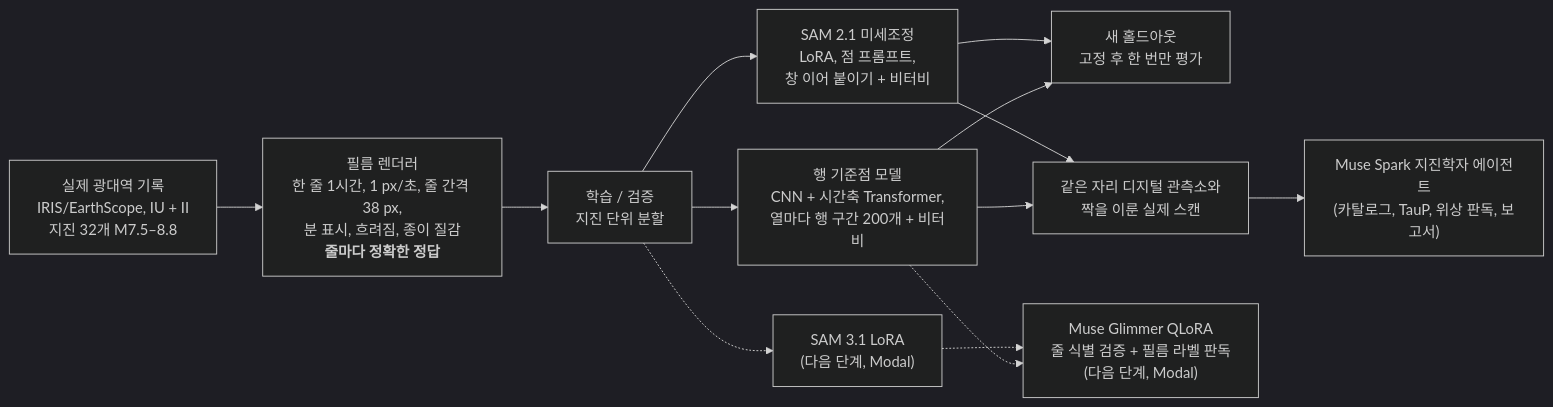
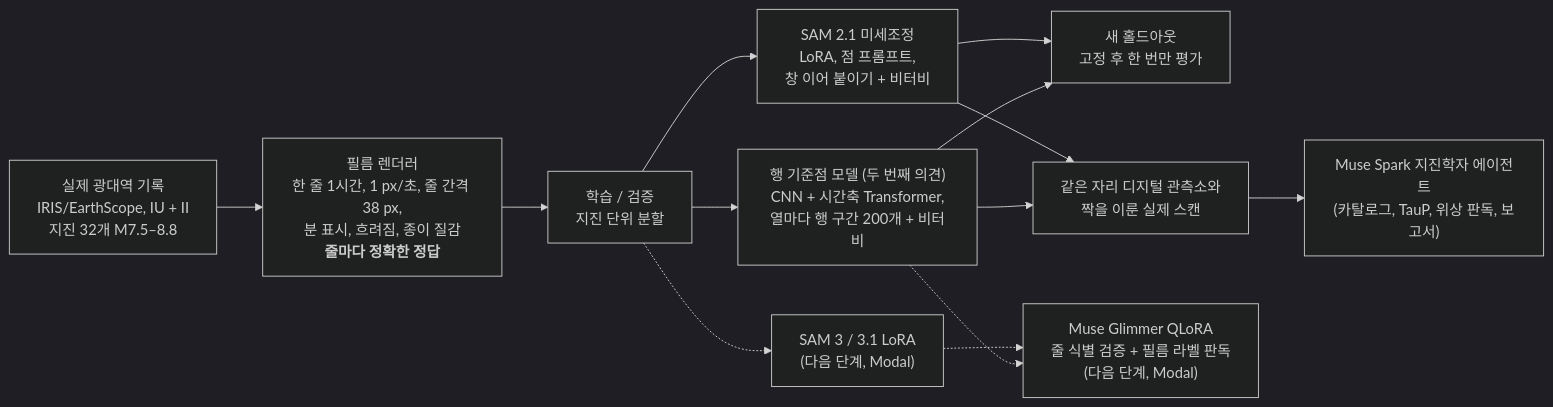
One commit to smpark00/seismorescue changed the diagram in README.ko.md. Above: the diagram before and after it, drawn with Mermaid (dark theme). The commit also changed other lines of this file and 8 other files, not shown here.

````diff
--- a/README.ko.md
+++ b/README.ko.md
@@ -148,15 +148,15 @@
 ```mermaid
 flowchart LR
   W["실제 광대역 기록<br/>IRIS/EarthScope, IU + II<br/>지진 32개 M7.5–8.8"] --> R["필름 렌더러<br/>한 줄 1시간, 1 px/초, 줄 간격 38 px,<br/>분 표시, 흐려짐, 종이 질감<br/><b>줄마다 정확한 정답</b>"]
   R --> T["학습 / 검증<br/>지진 단위 분할"]
-  T --> RA["행 기준점 모델<br/>CNN + 시간축 Transformer,<br/>열마다 행 구간 200개 + 비터비"]
+  T --> RA["행 기준점 모델 (두 번째 의견)<br/>CNN + 시간축 Transformer,<br/>열마다 행 구간 200개 + 비터비"]
   T --> S["SAM 2.1 미세조정<br/>LoRA, 점 프롬프트,<br/>창 이어 붙이기 + 비터비"]
   RA --> H["새 홀드아웃<br/>고정 후 한 번만 평가"]
   S --> H
   RA --> P["같은 자리 디지털 관측소와<br/>짝을 이룬 실제 스캔"]
   S --> P
-  T -.-> S3["SAM 3.1 LoRA<br/>(다음 단계, Modal)"]
+  T -.-> S3["SAM 3 / 3.1 LoRA<br/>(다음 단계, Modal)"]
   RA -.-> GL["Muse Glimmer QLoRA<br/>줄 식별 검증 + 필름 라벨 판독<br/>(다음 단계, Modal)"]
   S3 -.-> GL
   P --> SP["Muse Spark 지진학자 에이전트<br/>(카탈로그, TauP, 위상 판독, 보고서)"]
 ```
````
